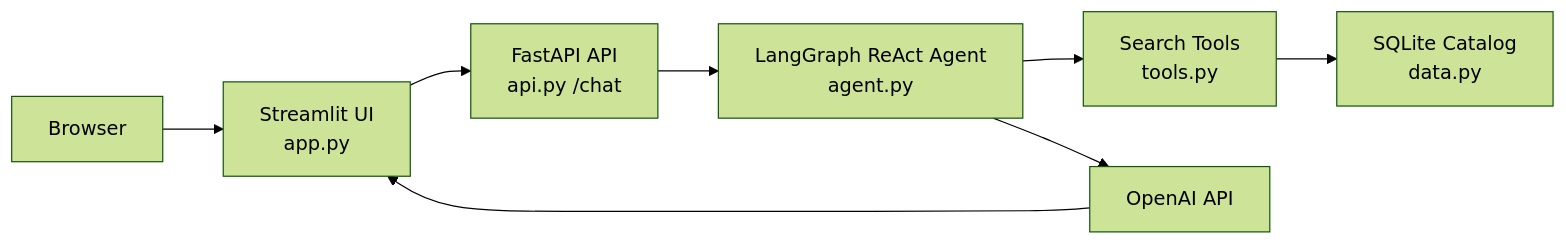
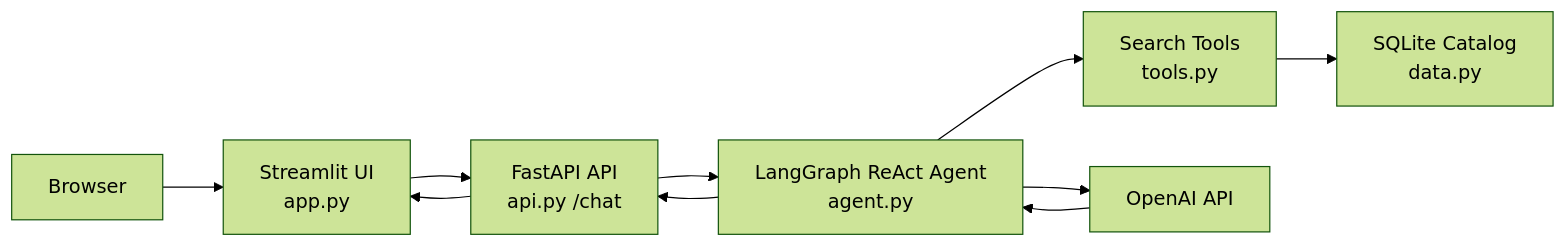
Before and after one commit to tulasigudibanda/laptop-recommendation-agent: the diagram in README.md, drawn with Mermaid (forest theme). The commit also changed other lines of this file, not shown here.

````diff
--- a/README.md
+++ b/README.md
@@ -39,10 +39,12 @@
 ```mermaid
 flowchart LR
     A[Browser] --> B[Streamlit UI<br/>app.py]
     B --> C[FastAPI API<br/>api.py /chat]
     C --> D[LangGraph ReAct Agent<br/>agent.py]
     D --> E[Search Tools<br/>tools.py]
     E --> F[SQLite Catalog<br/>data.py]
     D --> G[OpenAI API]
-    G --> B
+    G --> D
+    D --> C
+    C --> B
 ```
````
